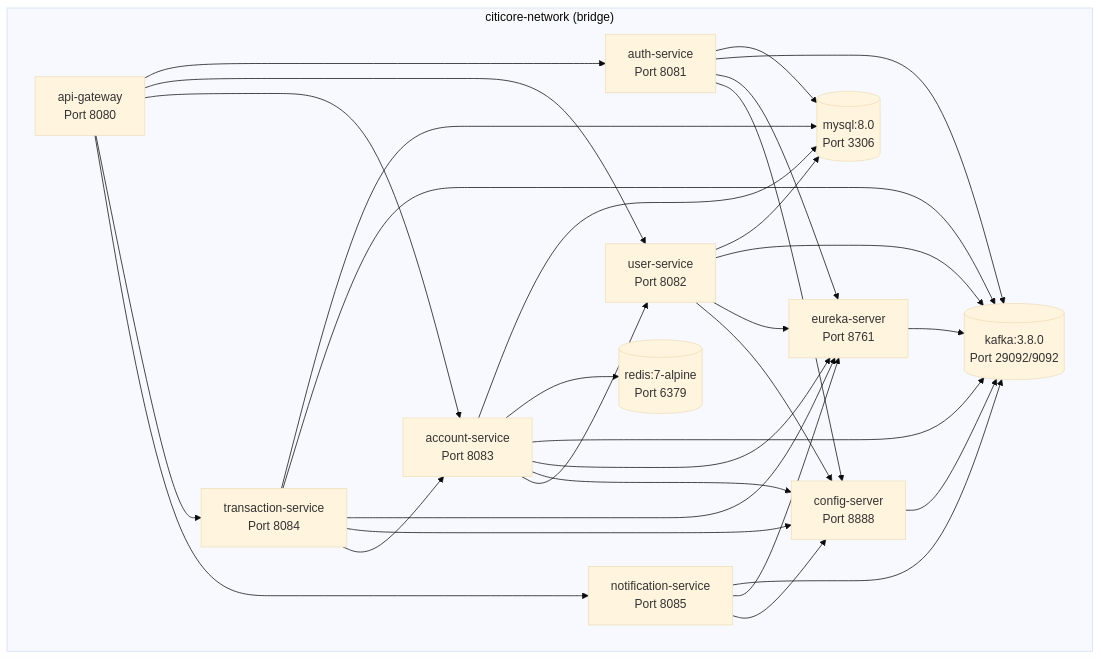
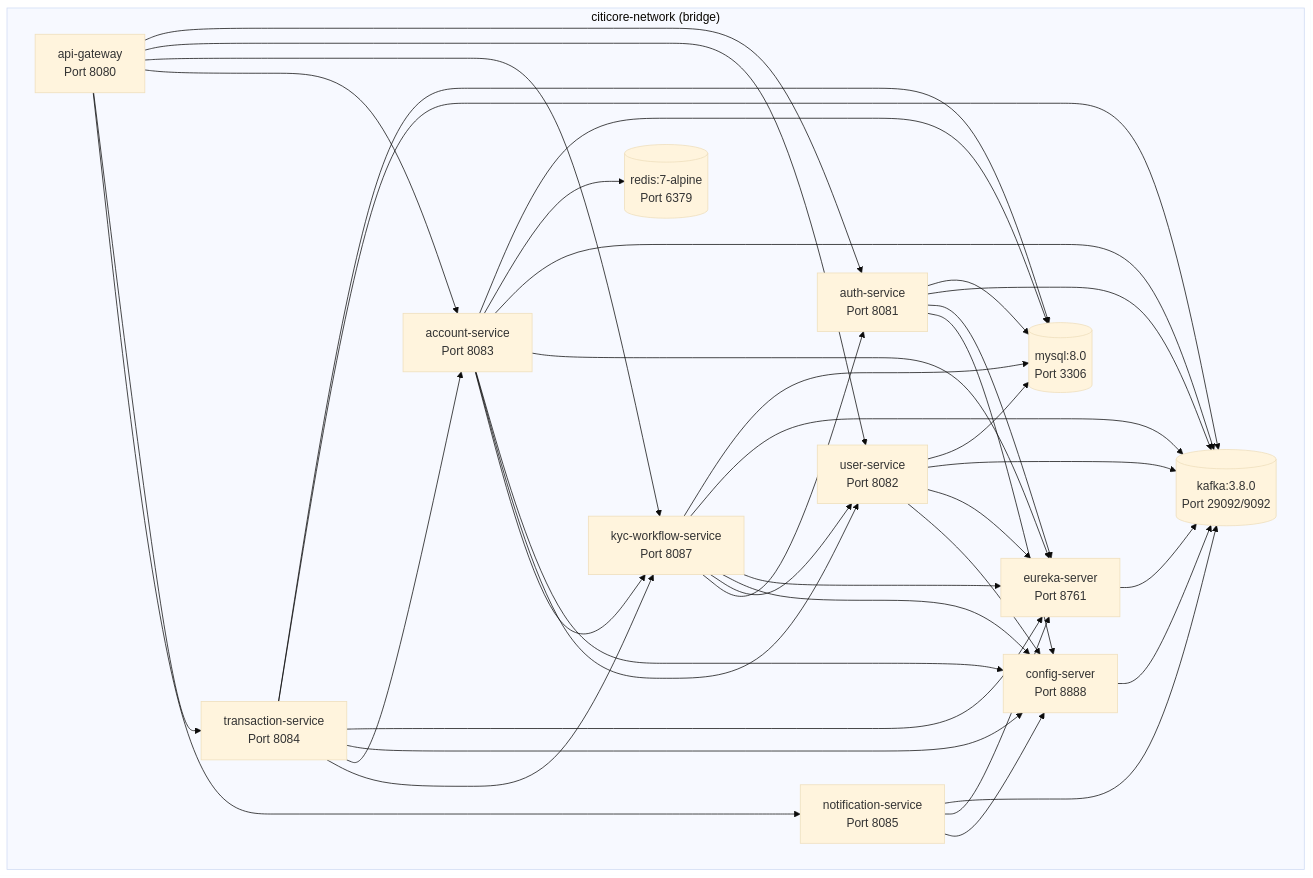
Before and after one commit to Rabbaniinamdar/citi-core-project: diagram 14 of 18 in architecture/docs/CITICORE_TARGET_STATE_ARCHITECTURE.md, drawn with Mermaid. The commit also changed other lines of this file and 82 other files, not shown here.

````diff
--- a/architecture/docs/CITICORE_TARGET_STATE_ARCHITECTURE.md
+++ b/architecture/docs/CITICORE_TARGET_STATE_ARCHITECTURE.md
@@ -1011,53 +1614,64 @@
 ```mermaid
 %%{init: {'theme': 'base'}}%%
 graph TB
     subgraph NETWORK ["citicore-network (bridge)"]
         MYSQL[(mysql:8.0\nPort 3306)]
         REDIS[(redis:7-alpine\nPort 6379)]
         KAFKA[(kafka:3.8.0\nPort 29092/9092)]
         EUREKA[eureka-server\nPort 8761]
         CONFIG[config-server\nPort 8888]
         AUTH[auth-service\nPort 8081]
         USER[user-service\nPort 8082]
+        KYC[kyc-workflow-service\nPort 8087]
         ACC[account-service\nPort 8083]
         TXN[transaction-service\nPort 8084]
         NOTIF[notification-service\nPort 8085]
         GW[api-gateway\nPort 8080]
     end
     
     GW --> AUTH
     GW --> USER
+    GW --> KYC
     GW --> ACC
     GW --> TXN
     GW --> NOTIF
     
     AUTH --> MYSQL
     AUTH --> KAFKA
     AUTH --> EUREKA
     AUTH --> CONFIG
     
     USER --> MYSQL
     USER --> KAFKA
     USER --> EUREKA
     USER --> CONFIG
     
+    KYC --> MYSQL
+    KYC --> KAFKA
+    KYC --> EUREKA
+    KYC --> CONFIG
+    KYC --> USER
+    KYC --> AUTH
+    
     ACC --> MYSQL
     ACC --> REDIS
     ACC --> KAFKA
     ACC --> EUREKA
     ACC --> CONFIG
     ACC --> USER
+    ACC --> KYC
     
     TXN --> MYSQL
     TXN --> KAFKA
     TXN --> EUREKA
     TXN --> CONFIG
     TXN --> ACC
+    TXN --> KYC
     
     NOTIF --> KAFKA
     NOTIF --> EUREKA
     NOTIF --> CONFIG
     
     EUREKA --> KAFKA
     CONFIG --> KAFKA
 ```
````
